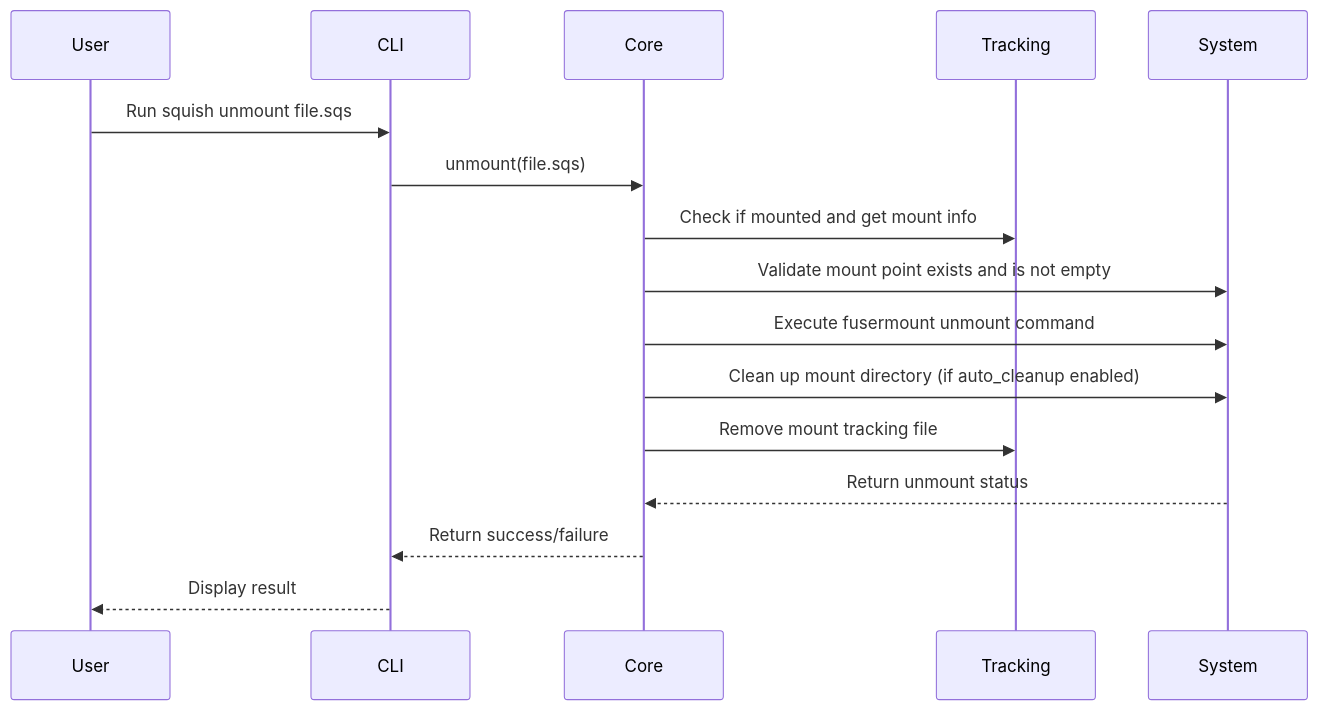
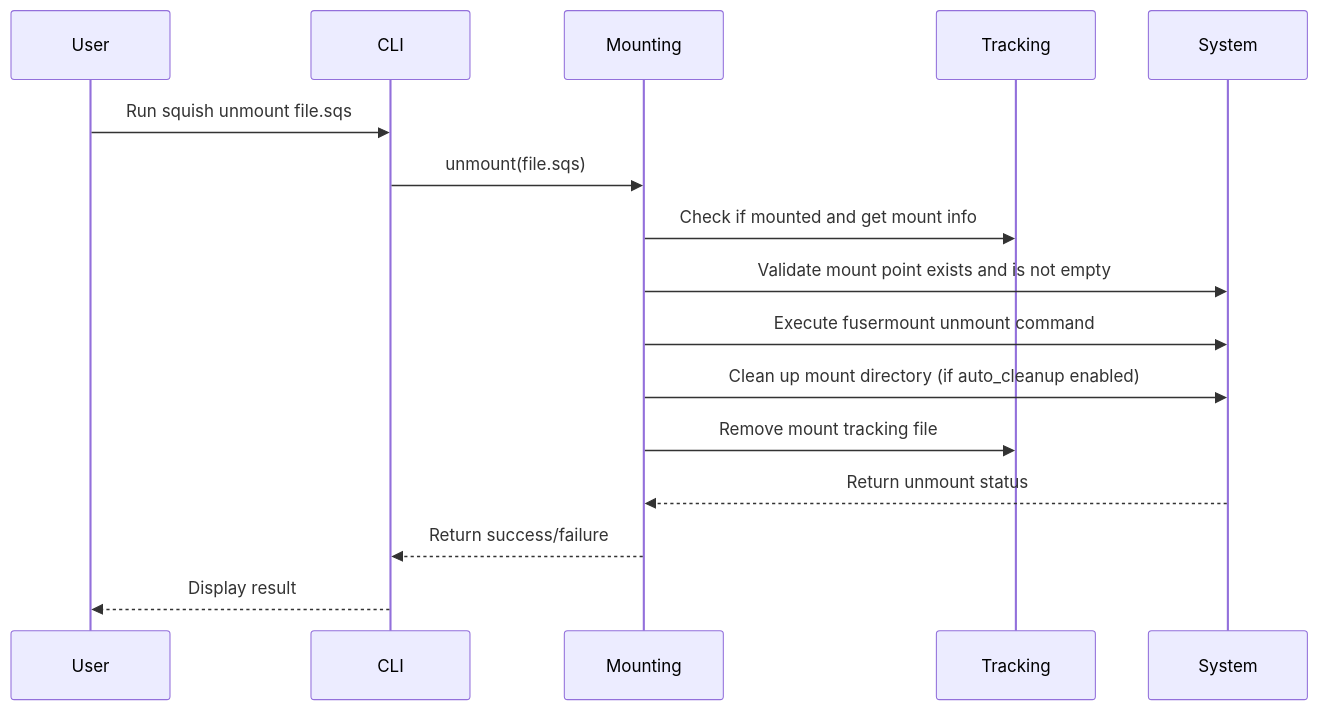
The fourth of 9 diagrams in DESIGN.md (WombatFromHell/squashfs-archive-helper), drawn with Mermaid before and after one commit. The commit also changed other lines of this file and 26 other files, not shown here.

````diff
--- a/DESIGN.md
+++ b/DESIGN.md
@@ -217,19 +275,19 @@
 ```mermaid
 sequenceDiagram
     participant User
     participant CLI
-    participant Core
+    participant Mounting
     participant Tracking
     participant System
 
     User->>CLI: Run squish unmount file.sqs
-    CLI->>Core: unmount(file.sqs)
-    Core->>Tracking: Check if mounted and get mount info
-    Core->>System: Validate mount point exists and is not empty
-    Core->>System: Execute fusermount unmount command
-    Core->>System: Clean up mount directory (if auto_cleanup enabled)
-    Core->>Tracking: Remove mount tracking file
-    System-->>Core: Return unmount status
-    Core-->>CLI: Return success/failure
+    CLI->>Mounting: unmount(file.sqs)
+    Mounting->>Tracking: Check if mounted and get mount info
+    Mounting->>System: Validate mount point exists and is not empty
+    Mounting->>System: Execute fusermount unmount command
+    Mounting->>System: Clean up mount directory (if auto_cleanup enabled)
+    Mounting->>Tracking: Remove mount tracking file
+    System-->>Mounting: Return unmount status
+    Mounting-->>CLI: Return success/failure
     CLI-->>User: Display result
 ```
````
